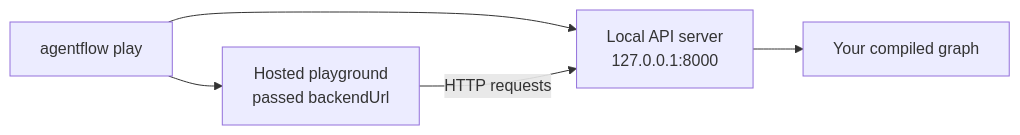
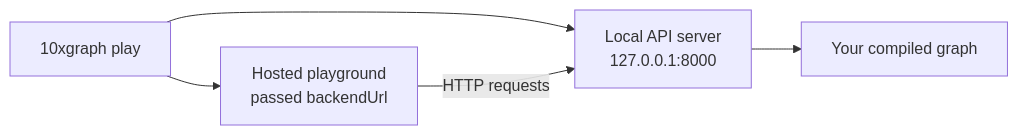
One commit to 10xHub/agentflow-docs changed the diagram in src/content/docs/beginner/test-with-playground.md. Above: the diagram before and after it, drawn with Mermaid. The commit also changed other lines of this file and 72 other files, not shown here.

First line of the commit message:
Refactor documentation and code references from agentflow to 10xgraph

````diff
--- a/src/content/docs/beginner/test-with-playground.md
+++ b/src/content/docs/beginner/test-with-playground.md
@@ -19,7 +19,7 @@
 ```mermaid
 flowchart LR
-  Command[agentflow play] --> API[Local API server\n127.0.0.1:8000]
+  Command[10xgraph play] --> API[Local API server\n127.0.0.1:8000]
   Command --> Browser[Hosted playground\npassed backendUrl]
   Browser -->|HTTP requests| API
   API --> Graph[Your compiled graph]
 ```
````
